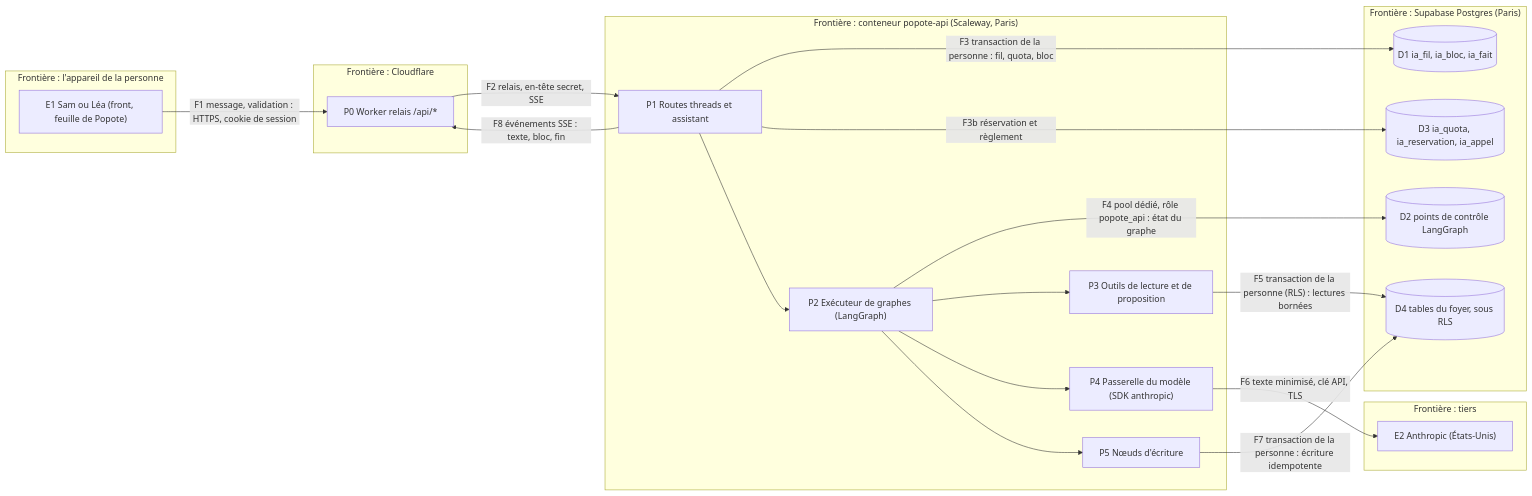
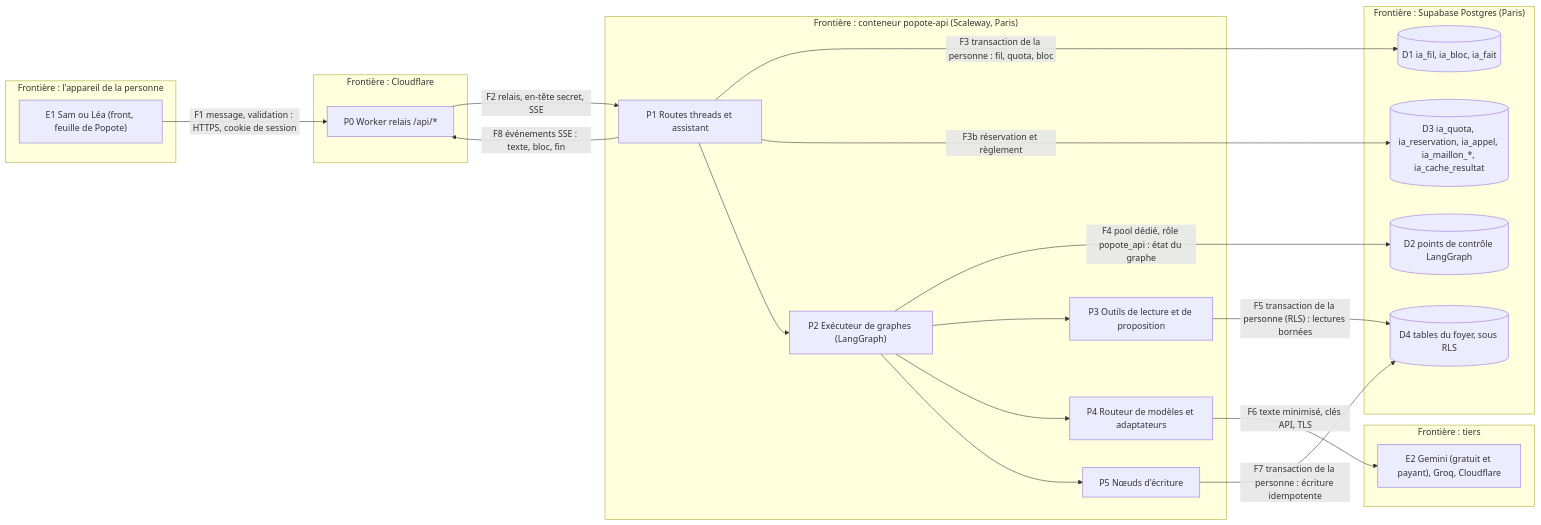
Before and after one commit to kamil-bentounes/popote-web: the first of 4 diagrams in docs/superpowers/plans/2026-11-13-socle-0-5-ia.md, drawn with Mermaid. The commit also changed other lines of this file, not shown here.

First line of the commit message:
docs(plan): réécrit le plan IA en routeur de modèles multi-fournisseurs (#98)

````diff
--- a/docs/superpowers/plans/2026-11-13-socle-0-5-ia.md
+++ b/docs/superpowers/plans/2026-11-13-socle-0-5-ia.md
@@ -285,38 +547,38 @@
 ```mermaid
 flowchart LR
   subgraph app["Frontière : l'appareil de la personne"]
     E1["E1 Sam ou Léa (front, feuille de Popote)"]
   end
   subgraph cf["Frontière : Cloudflare"]
     P0["P0 Worker relais /api/*"]
   end
   subgraph api["Frontière : conteneur popote-api (Scaleway, Paris)"]
     P1["P1 Routes threads et assistant"]
     P2["P2 Exécuteur de graphes (LangGraph)"]
     P3["P3 Outils de lecture et de proposition"]
-    P4["P4 Passerelle du modèle (SDK anthropic)"]
+    P4["P4 Routeur de modèles et adaptateurs"]
     P5["P5 Nœuds d'écriture"]
   end
   subgraph db["Frontière : Supabase Postgres (Paris)"]
     D1[("D1 ia_fil, ia_bloc, ia_fait")]
     D2[("D2 points de contrôle LangGraph")]
-    D3[("D3 ia_quota, ia_reservation, ia_appel")]
+    D3[("D3 ia_quota, ia_reservation, ia_appel, ia_maillon_*, ia_cache_resultat")]
     D4[("D4 tables du foyer, sous RLS")]
   end
   subgraph tiers["Frontière : tiers"]
-    E2["E2 Anthropic (États-Unis)"]
+    E2["E2 Gemini (gratuit et payant), Groq, Cloudflare"]
   end
   E1 -- "F1 message, validation : HTTPS, cookie de session" --> P0
   P0 -- "F2 relais, en-tête secret, SSE" --> P1
   P1 -- "F3 transaction de la personne : fil, quota, bloc" --> D1
   P1 -- "F3b réservation et règlement" --> D3
   P1 --> P2
   P2 -- "F4 pool dédié, rôle popote_api : état du graphe" --> D2
   P2 --> P3
   P3 -- "F5 transaction de la personne (RLS) : lectures bornées" --> D4
   P2 --> P4
-  P4 -- "F6 texte minimisé, clé API, TLS" --> E2
+  P4 -- "F6 texte minimisé, clés API, TLS" --> E2
   P2 --> P5
   P5 -- "F7 transaction de la personne : écriture idempotente" --> D4
   P1 -- "F8 événements SSE : texte, bloc, fin" --> P0
 ```
````
